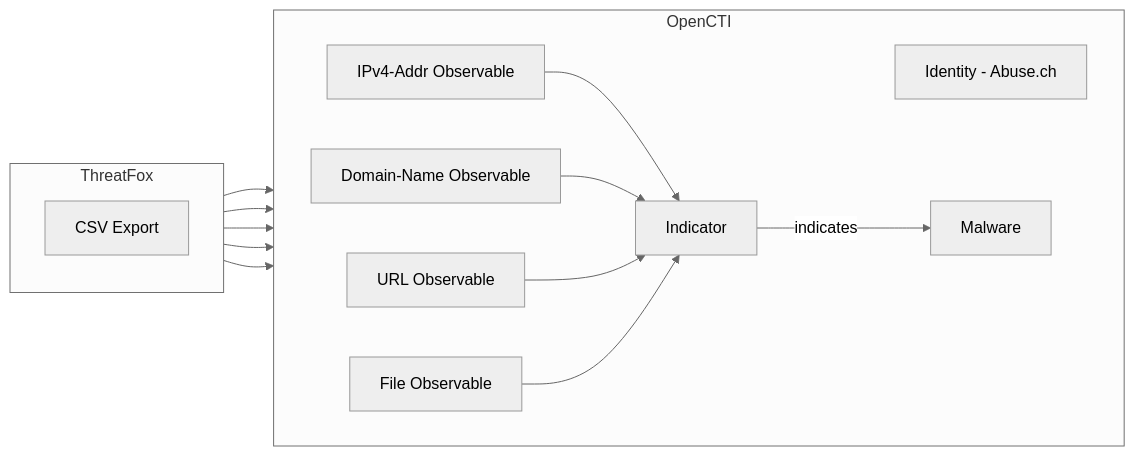
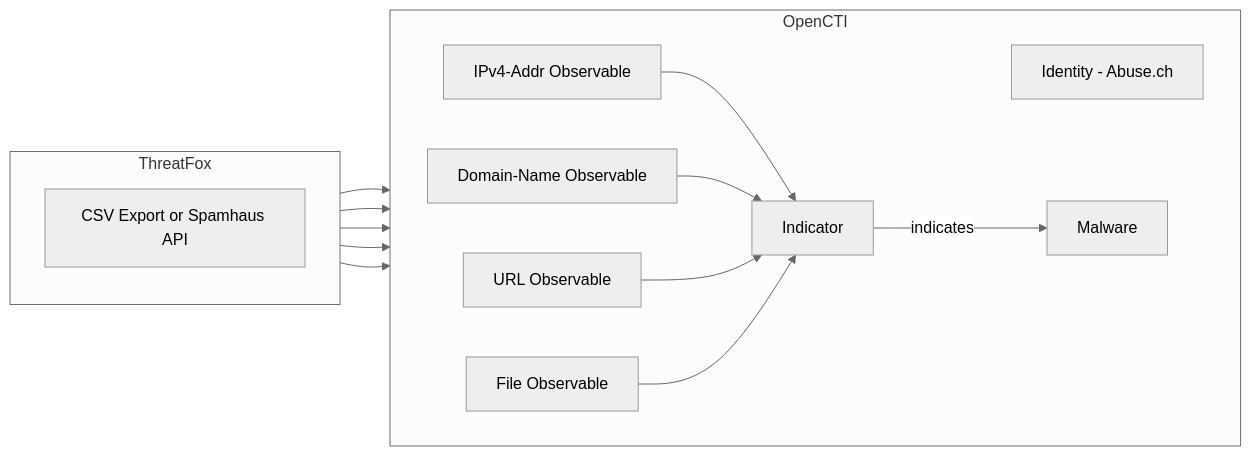
One commit to OpenCTI-Platform/connectors changed the diagram in external-import/threatfox/README.md. Above: the diagram before and after it, drawn with Mermaid (neutral theme). The commit also changed other lines of this file and 5 other files, not shown here.

Commit message:
docs(threatfox): document the Spamhaus commercial mode and regenerate the config schema (#8516)

````diff
--- a/external-import/threatfox/README.md
+++ b/external-import/threatfox/README.md
@@ -144,29 +170,29 @@
 ```mermaid
 graph LR
     subgraph ThreatFox
         direction TB
-        CSV[CSV Export]
+        CSV[CSV Export or Spamhaus API]
     end
 
     subgraph OpenCTI
         direction LR
         Identity[Identity - Abuse.ch]
         IP[IPv4-Addr Observable]
         Domain[Domain-Name Observable]
         URL[URL Observable]
         Hash[File Observable]
         Indicator[Indicator]
         Malware[Malware]
     end
 
     CSV --> Identity
     CSV --> IP
     CSV --> Domain
     CSV --> URL
     CSV --> Hash
     IP --> Indicator
     Domain --> Indicator
     URL --> Indicator
     Hash --> Indicator
     Indicator -- indicates --> Malware
 ```
````
